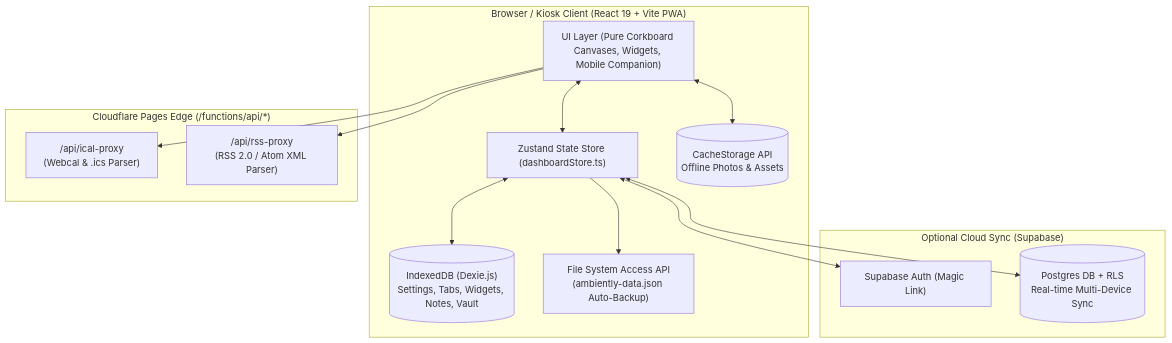
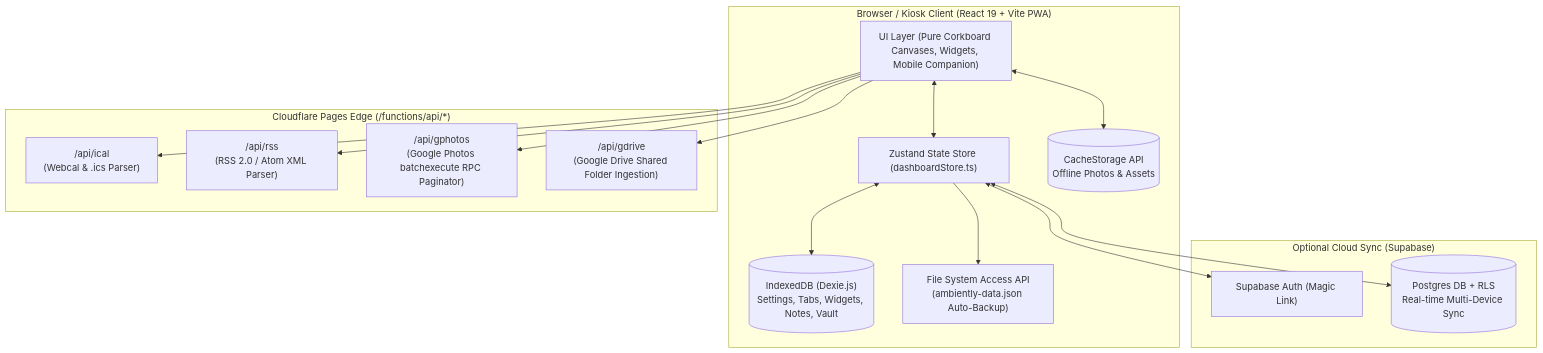
The diagram in ARCHITECTURE.md (Genghis1227/ambiently), drawn with Mermaid before and after one commit. The commit also changed other lines of this file and 15 other files, not shown here.

````diff
--- a/ARCHITECTURE.md
+++ b/ARCHITECTURE.md
@@ -7,29 +7,33 @@
 ```mermaid
 flowchart TB
     subgraph Client ["Browser / Kiosk Client (React 19 + Vite PWA)"]
         UI["UI Layer (Pure Corkboard Canvases, Widgets, Mobile Companion)"]
         Store["Zustand State Store (dashboardStore.ts)"]
         IDB[("IndexedDB (Dexie.js)\nSettings, Tabs, Widgets, Notes, Vault")]
         Cache[("CacheStorage API\nOffline Photos & Assets")]
         FSA["File System Access API\n(ambiently-data.json Auto-Backup)"]
     end
 
     subgraph Edge ["Cloudflare Pages Edge (/functions/api/*)"]
-        ICalProxy["/api/ical-proxy\n(Webcal & .ics Parser)"]
-        RssProxy["/api/rss-proxy\n(RSS 2.0 / Atom XML Parser)"]
+        ICalProxy["/api/ical\n(Webcal & .ics Parser)"]
+        RssProxy["/api/rss\n(RSS 2.0 / Atom XML Parser)"]
+        GPhotosProxy["/api/gphotos\n(Google Photos batchexecute RPC Paginator)"]
+        GDriveProxy["/api/gdrive\n(Google Drive Shared Folder Ingestion)"]
     end
 
     subgraph Cloud ["Optional Cloud Sync (Supabase)"]
         Auth["Supabase Auth (Magic Link)"]
         PG[("Postgres DB + RLS\nReal-time Multi-Device Sync")]
     end
 
     UI <--> Store
     Store <--> IDB
     Store --> FSA
     UI <--> Cache
     UI --> ICalProxy
     UI --> RssProxy
+    UI --> GPhotosProxy
+    UI --> GDriveProxy
     Store <--> Auth
     Store <--> PG
 ```
````
